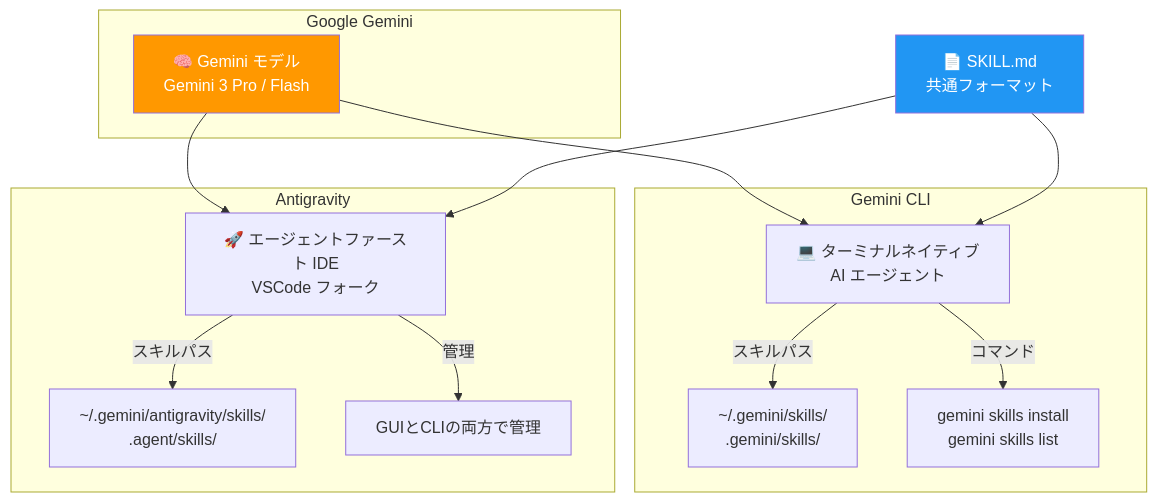
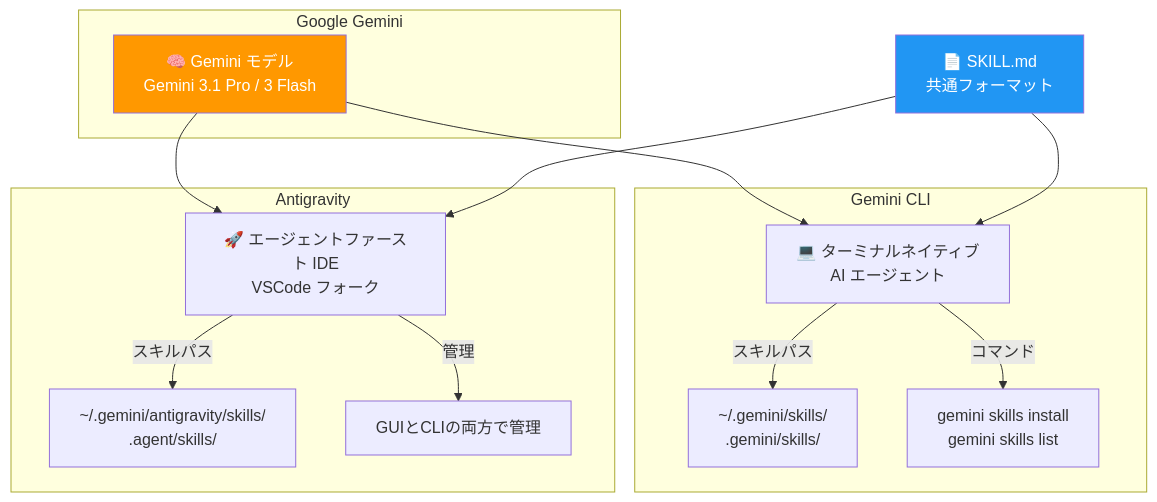
Before and after one commit to myoshi2891/Comparison-of-LLMs: the third of 14 diagrams in gemini/skill-guide-for-gemini.md, drawn with Mermaid. The commit also changed other lines of this file and 14 other files, not shown here.

````diff
--- a/gemini/skill-guide-for-gemini.md
+++ b/gemini/skill-guide-for-gemini.md
@@ -96,26 +97,26 @@
 ```mermaid
 graph TB
     subgraph Google Gemini
-        GM[🧠 Gemini モデル<br>Gemini 3 Pro / Flash]
+        GM[🧠 Gemini モデル<br>Gemini 3.1 Pro / 3 Flash]
     end
 
     subgraph Gemini CLI
         GC[💻 ターミナルネイティブ<br>AI エージェント]
         GC -->|スキルパス| GCS["~/.gemini/skills/<br>.gemini/skills/"]
         GC -->|コマンド| GCC["gemini skills install<br>gemini skills list"]
     end
 
     subgraph Antigravity
         AG[🚀 エージェントファースト IDE<br>VSCode フォーク]
         AG -->|スキルパス| AGS["~/.gemini/antigravity/skills/<br>.agent/skills/"]
         AG -->|管理| AGM["GUIとCLIの両方で管理"]
     end
 
     GM --> GC
     GM --> AG
     SKILL["📄 SKILL.md<br>共通フォーマット"] --> GC
     SKILL --> AG
 
     style SKILL fill:#2196F3,color:#fff
     style GM fill:#FF9800,color:#fff
 ```
````
